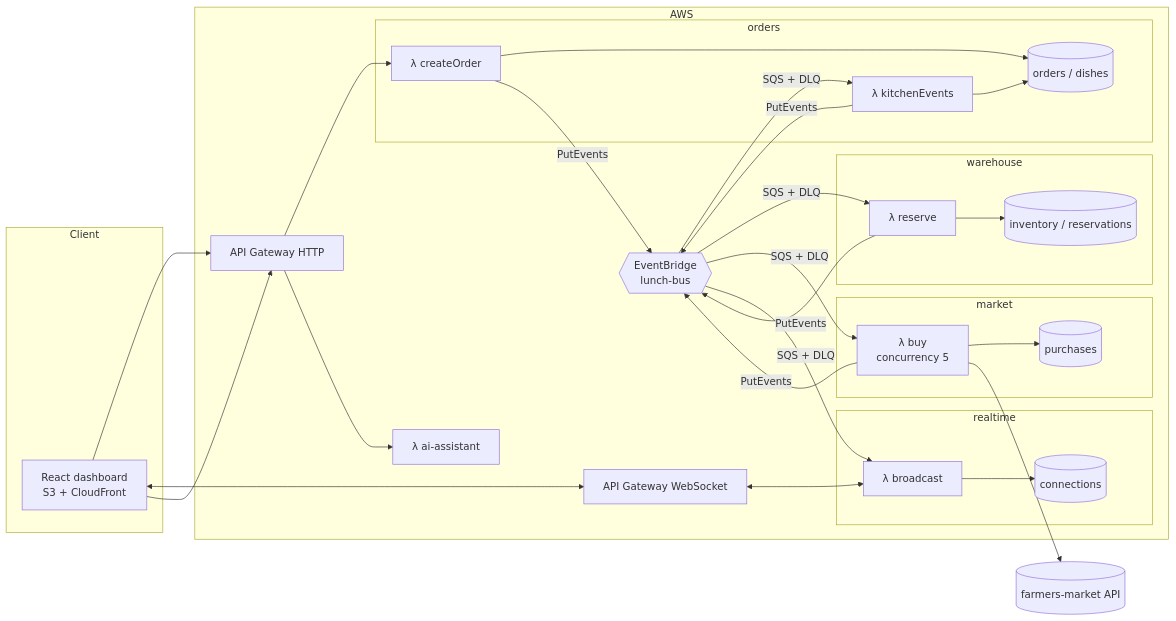
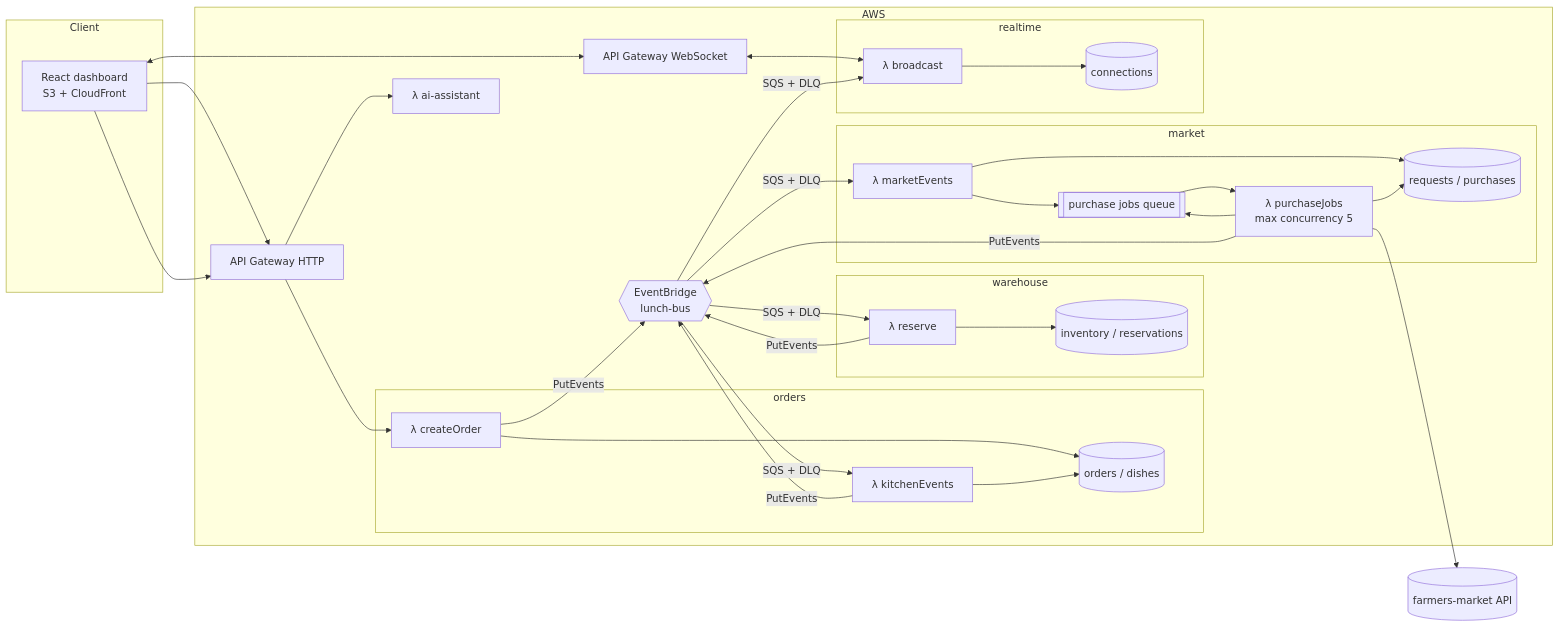
One commit to miguelcamargo9/free-lunch-day changed the first of 2 diagrams in docs/ARCHITECTURE.md. Above: the diagram before and after it, drawn with Mermaid. The commit also changed other lines of this file and 3 other files, not shown here.

Commit message:
docs: document market purchases, write contention and day 3 progress

````diff
--- a/docs/ARCHITECTURE.md
+++ b/docs/ARCHITECTURE.md
@@ -7,36 +7,39 @@
 ```mermaid
 flowchart LR
   subgraph Client
     UI[React dashboard<br/>S3 + CloudFront]
   end
 
   subgraph AWS
     HTTP[API Gateway HTTP]
     WS[API Gateway WebSocket]
     BUS{{EventBridge<br/>lunch-bus}}
 
     subgraph orders
       O1[λ createOrder] --> OT[(orders / dishes)]
       O2[λ kitchenEvents] --> OT
     end
     subgraph warehouse
       W1[λ reserve] --> WT[(inventory / reservations)]
     end
     subgraph market
-      M1[λ buy<br/>concurrency 5] --> MT[(purchases)]
+      M0[λ marketEvents] --> MT[(requests / purchases)]
+      M0 --> MQ[[purchase jobs queue]] --> M1[λ purchaseJobs<br/>max concurrency 5]
+      M1 --> MT
+      M1 --> MQ
     end
     subgraph realtime
       R1[λ broadcast] --> RT[(connections)]
     end
     AI[λ ai-assistant]
   end
 
   EXT[(farmers-market API)]
 
   UI --> HTTP --> O1
   UI <--> WS <--> R1
   UI --> HTTP --> AI
   O1 & O2 & W1 & M1 -- PutEvents --> BUS
-  BUS -- SQS + DLQ --> O2 & W1 & M1 & R1
+  BUS -- SQS + DLQ --> O2 & W1 & M0 & R1
   M1 --> EXT
 ```
````
